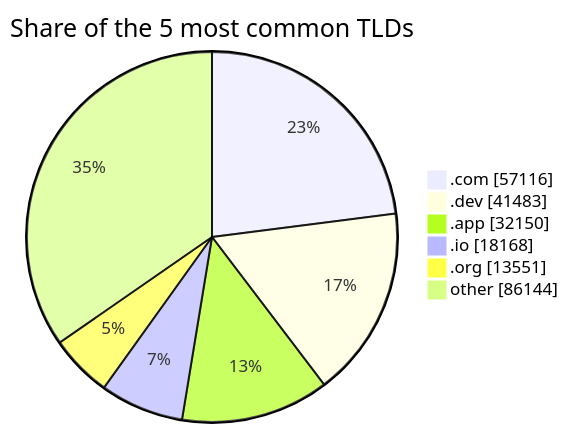
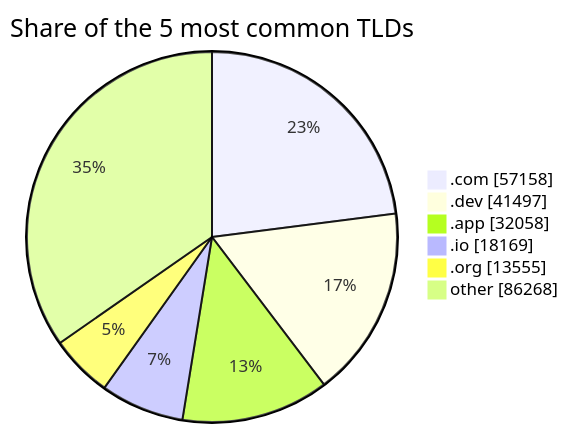
One commit to DNSBunker/CTI changed the second of 2 diagrams in README.md. Above: the diagram before and after it, drawn with Mermaid. The commit also changed other lines of this file and 3 other files, not shown here.

````diff
--- a/README.md
+++ b/README.md
@@ -72,9 +72,9 @@
 ```mermaid
 pie showData title Share of the 5 most common TLDs
-    ".com" : 57116
-    ".dev" : 41483
-    ".app" : 32150
-    ".io" : 18168
-    ".org" : 13551
-    "other" : 86144
+    ".com" : 57158
+    ".dev" : 41497
+    ".app" : 32058
+    ".io" : 18169
+    ".org" : 13555
+    "other" : 86268
 ```
````
